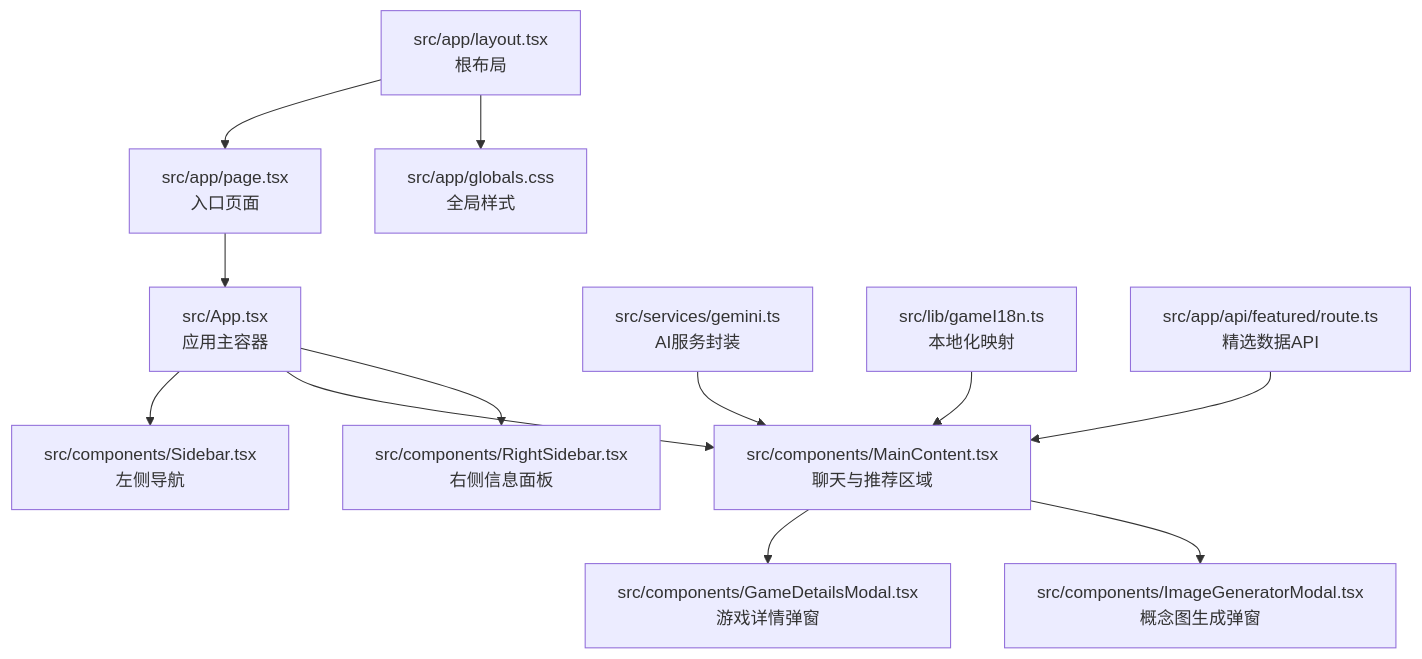
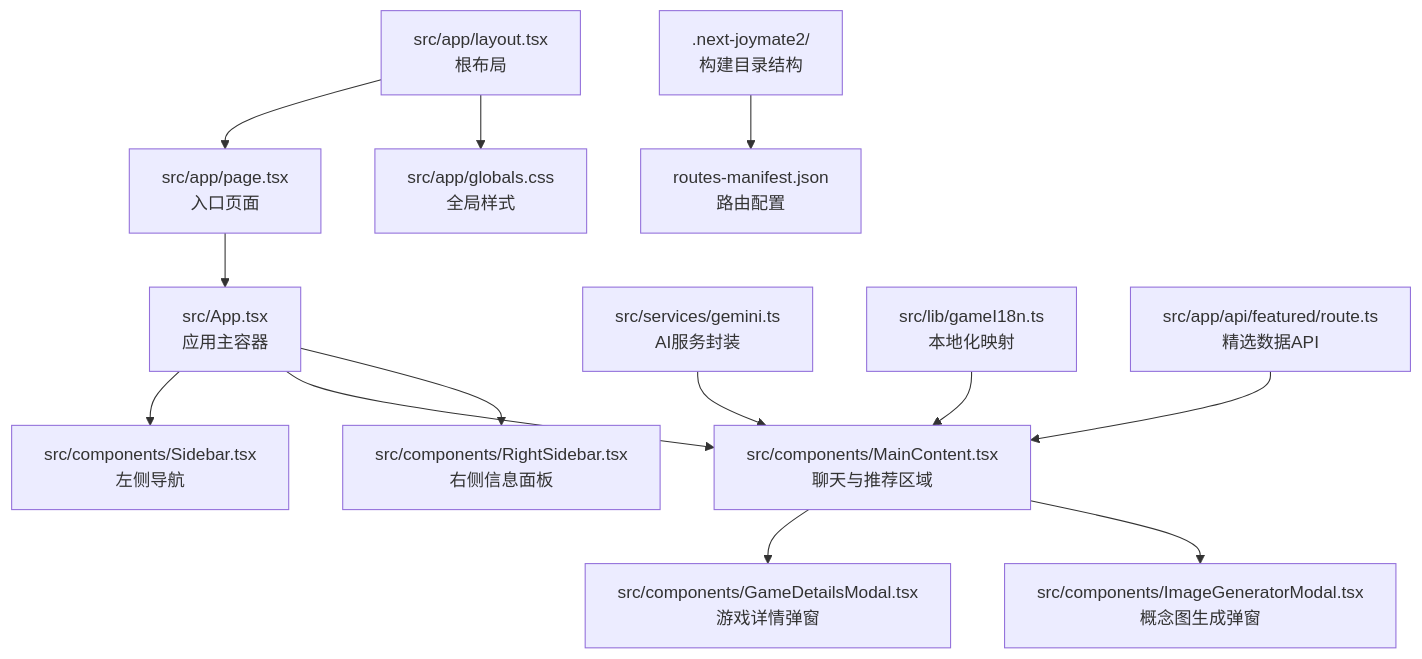
The first of 7 diagrams in .qoder/repowiki/zh/content/架构设计/前端架构设计.md (Jason-6300/JoyMate), drawn with Mermaid before and after one commit. The commit also changed other lines of this file and 7 other files, not shown here.

````diff
--- a/.qoder/repowiki/zh/content/架构设计/前端架构设计.md
+++ b/.qoder/repowiki/zh/content/架构设计/前端架构设计.md
@@ -45,14 +59,15 @@
 ```mermaid
 graph TB
 A["src/app/layout.tsx<br/>根布局"] --> B["src/app/page.tsx<br/>入口页面"]
 B --> C["src/App.tsx<br/>应用主容器"]
 C --> D["src/components/Sidebar.tsx<br/>左侧导航"]
 C --> E["src/components/MainContent.tsx<br/>聊天与推荐区域"]
 C --> F["src/components/RightSidebar.tsx<br/>右侧信息面板"]
 E --> G["src/components/GameDetailsModal.tsx<br/>游戏详情弹窗"]
 E --> H["src/components/ImageGeneratorModal.tsx<br/>概念图生成弹窗"]
 A --> I["src/app/globals.css<br/>全局样式"]
 J["src/services/gemini.ts<br/>AI服务封装"] --> E
 K["src/lib/gameI18n.ts<br/>本地化映射"] --> E
 L["src/app/api/featured/route.ts<br/>精选数据API"] --> E
+M[".next-joymate2/<br/>构建目录结构"] --> N["routes-manifest.json<br/>路由配置"]
 ```
````
